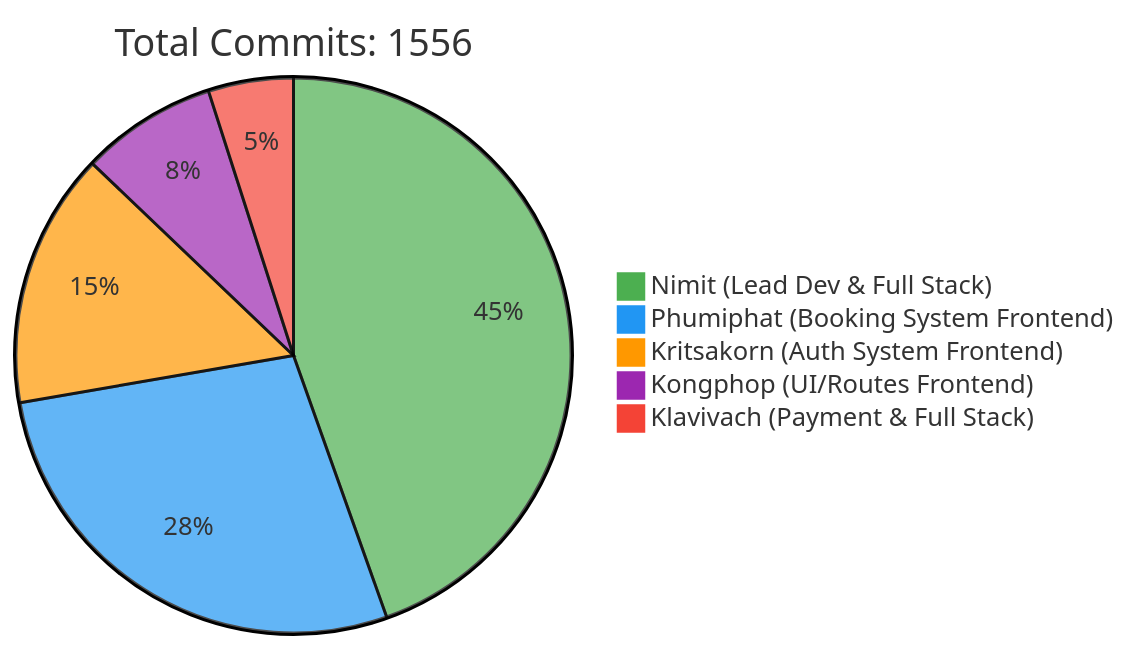
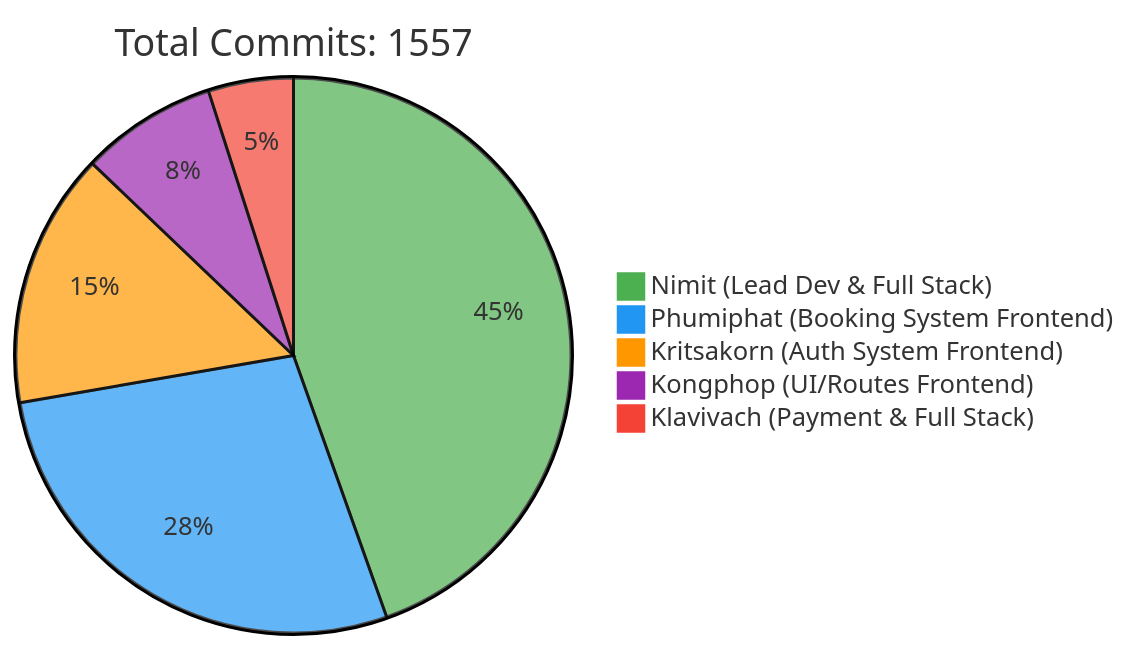
One commit to 6531503042/Sport-Complex changed the first of 2 diagrams in README.md. Above: the diagram before and after it, drawn with Mermaid. The commit also changed other lines of this file, not shown here.

Commit message:
docs: Update contributor statistics [skip ci]

````diff
--- a/README.md
+++ b/README.md
@@ -257,10 +257,10 @@
 ```mermaid
 %%{init: {'theme': 'base', 'themeVariables': { 'pie1': '#4CAF50', 'pie2': '#2196F3', 'pie3': '#FF9800', 'pie4': '#9C27B0', 'pie5': '#F44336'}}}%%
 pie
-    title Total Commits: 1556
+    title Total Commits: 1557
     "Nimit (Lead Dev & Full Stack)" : 450
     "Phumiphat (Booking System Frontend)" : 280
     "Kritsakorn (Auth System Frontend)" : 150
     "Kongphop (UI/Routes Frontend)" : 80
     "Klavivach (Payment & Full Stack)" : 50
 ```
````
